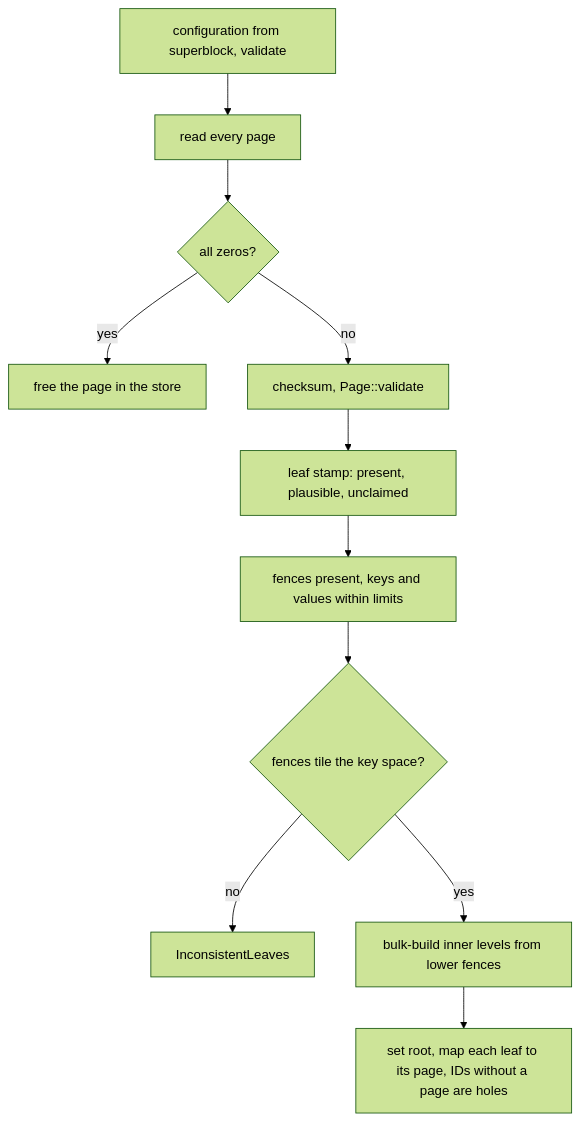
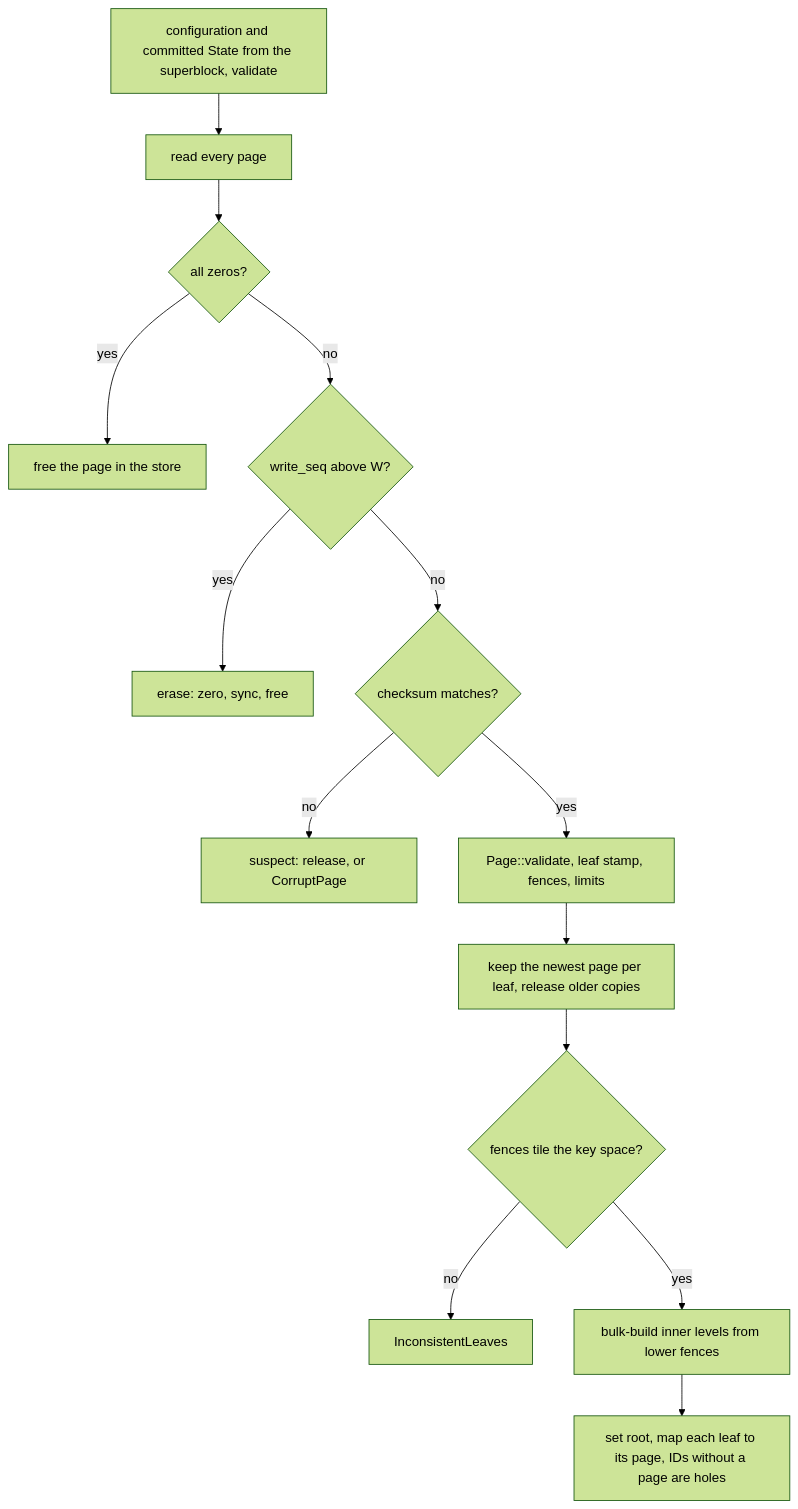
One commit to raydatray/peppydb changed the second of 2 diagrams in docs/design/bf-tree-leaf-store.md. Above: the diagram before and after it, drawn with Mermaid (forest theme). The commit also changed other lines of this file and 16 other files, not shown here.

````diff
--- a/docs/design/bf-tree-leaf-store.md
+++ b/docs/design/bf-tree-leaf-store.md
@@ -357,13 +388,16 @@
 ```mermaid
 flowchart TD
-    S["configuration from superblock, validate"] --> V[read every page]
+    S["configuration and committed State from the superblock, validate"] --> V[read every page]
     V --> Z{all zeros?}
     Z -->|yes| F[free the page in the store]
-    Z -->|no| C["checksum, Page::validate"]
-    C --> L["leaf stamp: present, plausible, unclaimed"]
-    L --> P["fences present, keys and values within limits"]
+    Z -->|no| W{"write_seq above W?"}
+    W -->|yes| X["erase: zero, sync, free"]
+    W -->|no| C{checksum matches?}
+    C -->|no| SU["suspect: release, or CorruptPage"]
+    C -->|yes| L["Page::validate, leaf stamp, fences, limits"]
+    L --> P["keep the newest page per leaf, release older copies"]
     P --> T{fences tile the key space?}
     T -->|no| E[InconsistentLeaves]
     T -->|yes| B[bulk-build inner levels from lower fences]
     B --> R["set root, map each leaf to its page, IDs without a page are holes"]
 ```
````
